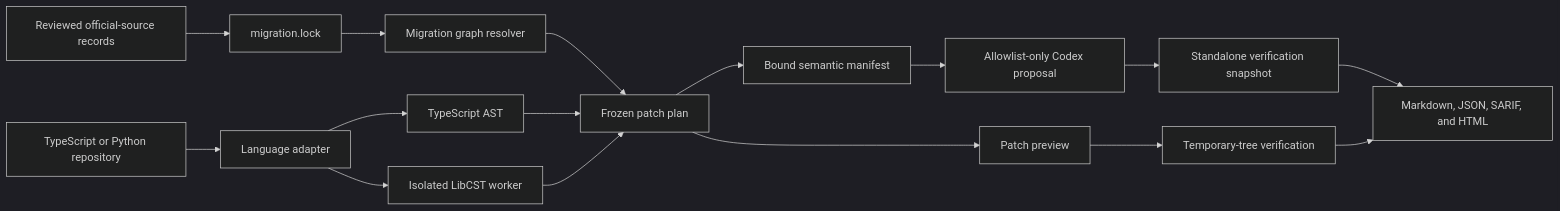
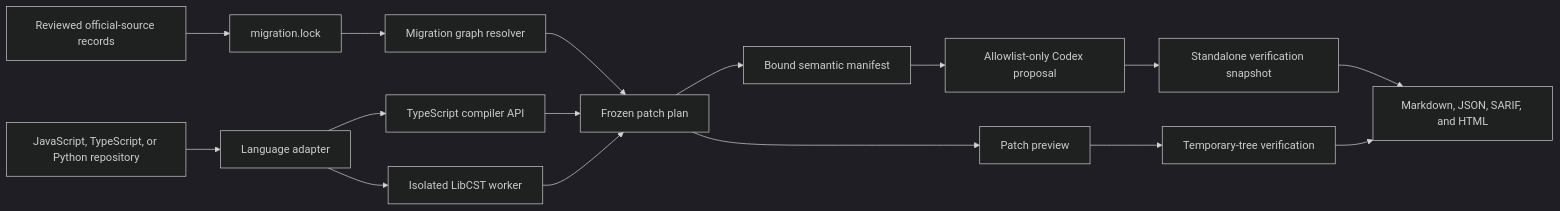
One commit to sujileelea/openai-migration-doctor changed the diagram in README.md. Above: the diagram before and after it, drawn with Mermaid (dark theme). The commit also changed other lines of this file and 15 other files, not shown here.

````diff
--- a/README.md
+++ b/README.md
@@ -169,18 +197,18 @@
 ```mermaid
 flowchart LR
     A[Reviewed official-source records] --> B[migration.lock]
-    C[TypeScript or Python repository] --> D[Language adapter]
-    D --> M[TypeScript AST]
+    C[JavaScript, TypeScript, or Python repository] --> D[Language adapter]
+    D --> M[TypeScript compiler API]
     D --> N[Isolated LibCST worker]
     B --> I[Migration graph resolver]
     I --> E[Frozen patch plan]
     M --> E
     N --> E
     E --> F[Patch preview]
     F --> G[Temporary-tree verification]
     E --> J[Bound semantic manifest]
     J --> K[Allowlist-only Codex proposal]
     K --> L[Standalone verification snapshot]
     L --> H
     G --> H[Markdown, JSON, SARIF, and HTML]
 ```
````
